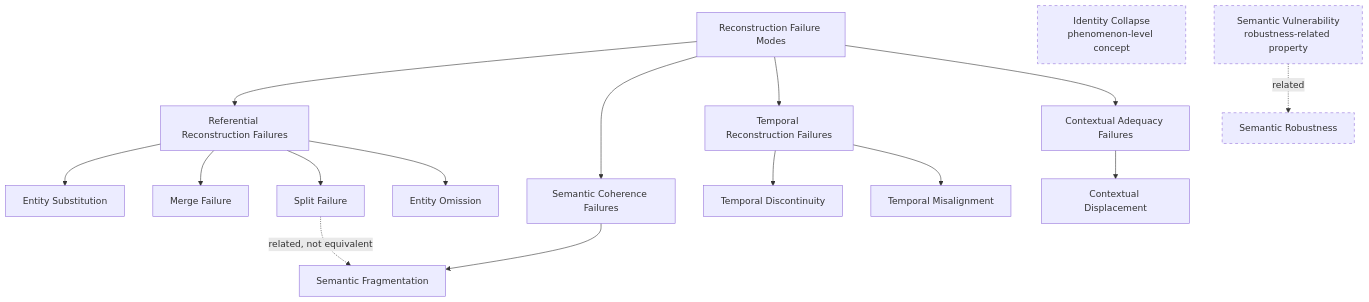
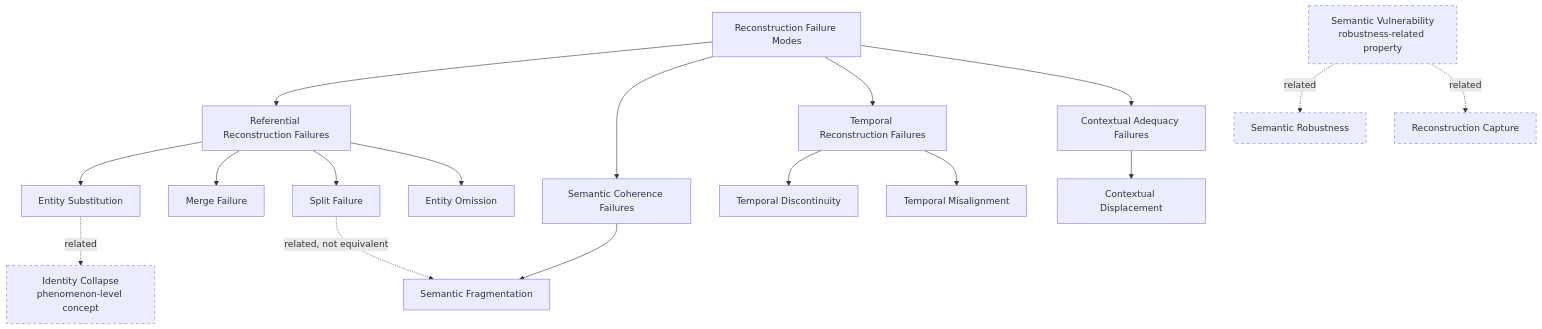
One commit to dan-beranek/dio-odi-reference-model changed the diagram in docs/concept-map.mmd. Above: the diagram before and after it, drawn with Mermaid.

Commit message:
Sync concept map with v0.1.0 vocabulary

```diff
--- a/docs/concept-map.mmd
+++ b/docs/concept-map.mmd
@@ -1,31 +1,34 @@
 flowchart TD
     RFM["Reconstruction Failure Modes"]
     RRF["Referential Reconstruction Failures"]
     SCF["Semantic Coherence Failures"]
     TRF["Temporal Reconstruction Failures"]
     CAF["Contextual Adequacy Failures"]
 
     RFM --> RRF
     RFM --> SCF
     RFM --> TRF
     RFM --> CAF
 
     RRF --> ES["Entity Substitution"]
     RRF --> MF["Merge Failure"]
     RRF --> SF["Split Failure"]
     RRF --> EO["Entity Omission"]
 
     SCF --> SFR["Semantic Fragmentation"]
     TRF --> TD["Temporal Discontinuity"]
     TRF --> TM["Temporal Misalignment"]
     CAF --> CD["Contextual Displacement"]
 
     IC["Identity Collapse\nphenomenon-level concept"]
     SV["Semantic Vulnerability\nrobustness-related property"]
     SR["Semantic Robustness"]
+    RC["Reconstruction Capture"]
 
+    ES -. related .-> IC
     SV -. related .-> SR
+    SV -. related .-> RC
     SF -. related, not equivalent .-> SFR
 
     classDef outside stroke-dasharray: 5 5;
-    class IC,SV,SR outside;
+    class IC,SV,SR,RC outside;
```
